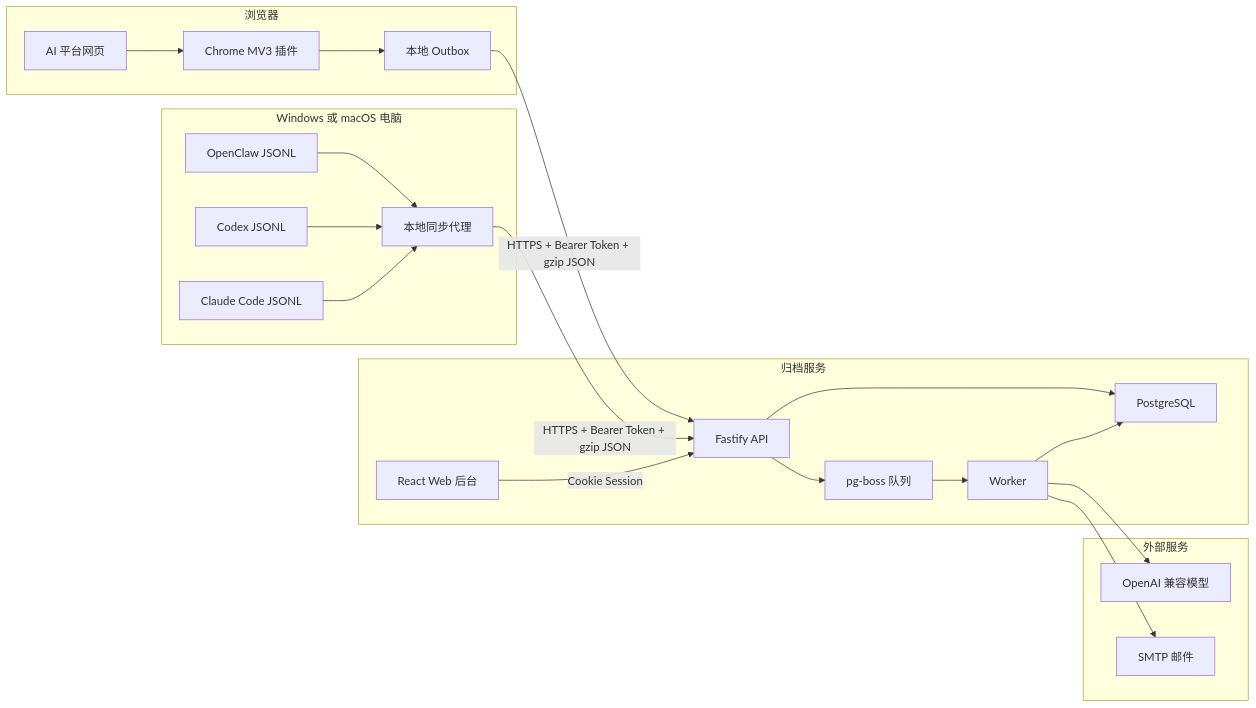
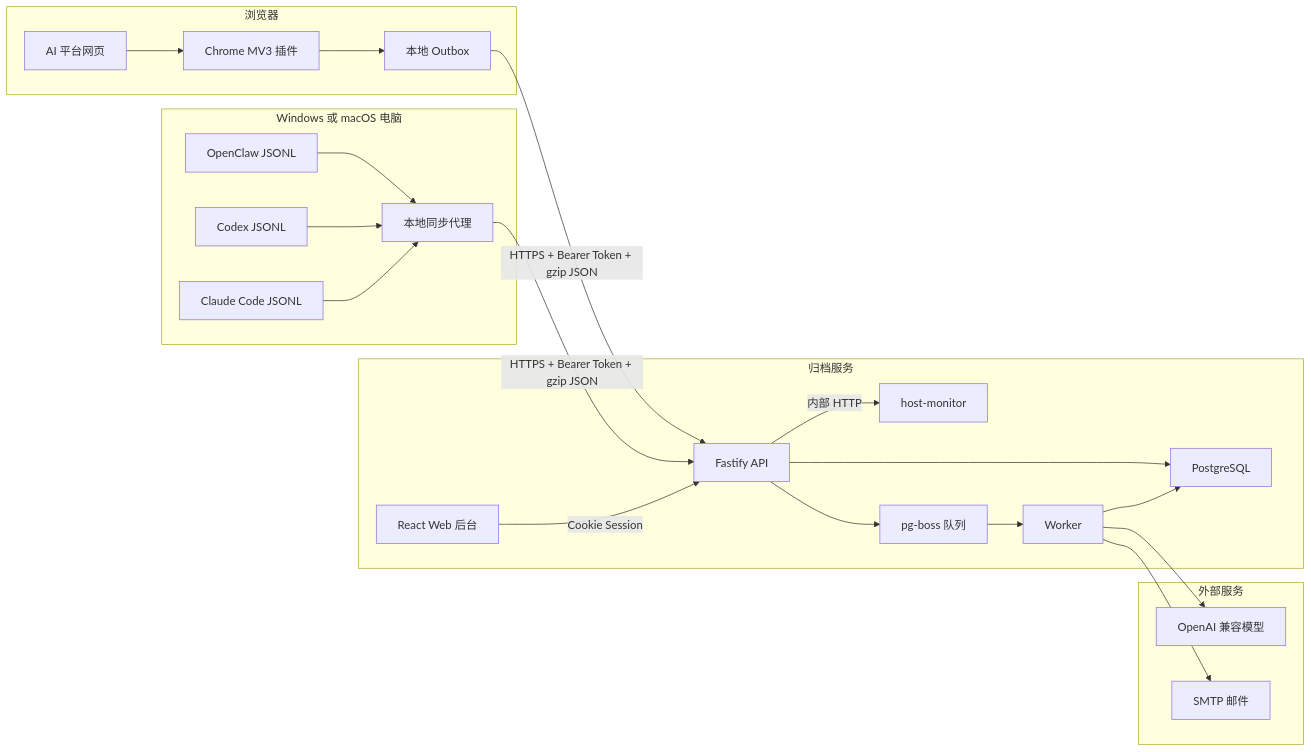
One commit to quesiter/ai-archive changed the first of 5 diagrams in docs/SYSTEM-DESIGN.md. Above: the diagram before and after it, drawn with Mermaid. The commit also changed other lines of this file and 28 other files, not shown here.

````diff
--- a/docs/SYSTEM-DESIGN.md
+++ b/docs/SYSTEM-DESIGN.md
@@ -18,43 +18,45 @@
 ```mermaid
 flowchart LR
   subgraph Browser["浏览器"]
     Pages["AI 平台网页"]
     Ext["Chrome MV3 插件"]
     Outbox["本地 Outbox"]
     Pages --> Ext
     Ext --> Outbox
   end
 
   subgraph Local["Windows 或 macOS 电脑"]
     OpenClaw["OpenClaw JSONL"]
     Codex["Codex JSONL"]
     Claude["Claude Code JSONL"]
     Sync["本地同步代理"]
     OpenClaw --> Sync
     Codex --> Sync
     Claude --> Sync
   end
 
   subgraph Server["归档服务"]
     Api["Fastify API"]
     Worker["Worker"]
+    Monitor["host-monitor"]
     Queue["pg-boss 队列"]
     DB["PostgreSQL"]
     Web["React Web 后台"]
   end
 
   subgraph External["外部服务"]
     LLM["OpenAI 兼容模型"]
     SMTP["SMTP 邮件"]
   end
 
   Outbox -->|"HTTPS + Bearer Token + gzip JSON"| Api
   Sync -->|"HTTPS + Bearer Token + gzip JSON"| Api
   Web -->|"Cookie Session"| Api
   Api --> DB
   Api --> Queue
+  Api -->|"内部 HTTP"| Monitor
   Queue --> Worker
   Worker --> DB
   Worker --> LLM
   Worker --> SMTP
 ```
````
